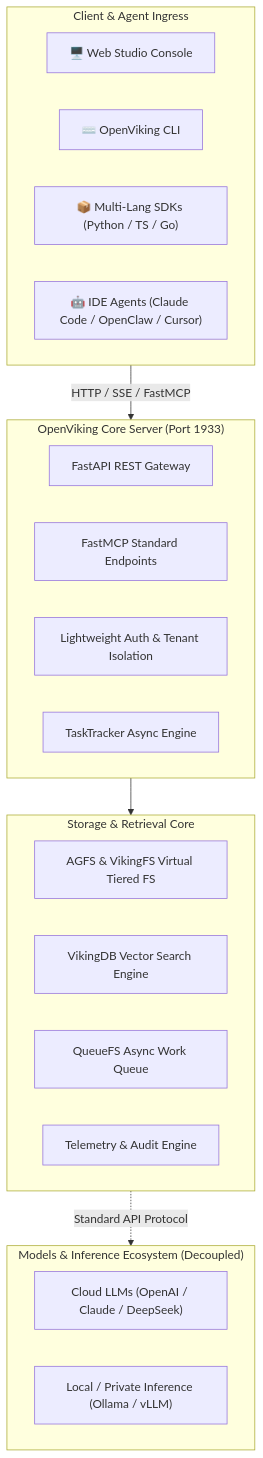
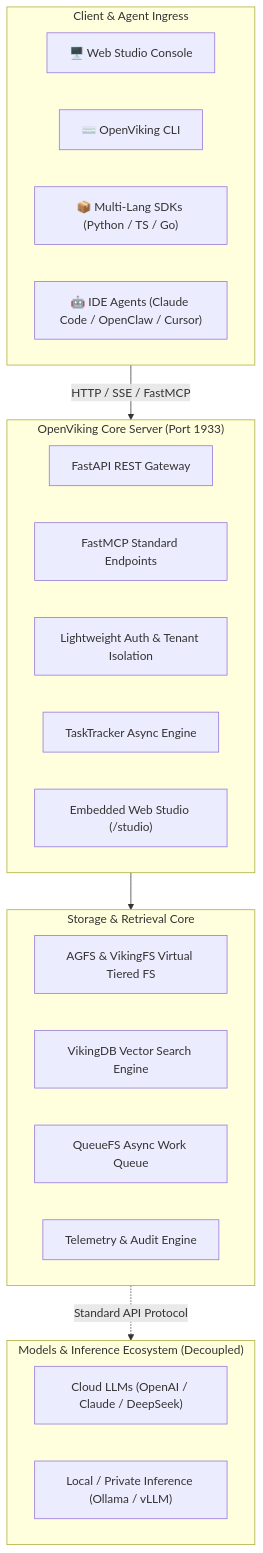
One commit to skloxo/OpenVikingStudio changed the diagram in README_EN.md. Above: the diagram before and after it, drawn with Mermaid. The commit also changed other lines of this file and 2 other files, not shown here.

Commit message:
docs: elevate roadmap to top with visual table and unify ports strictly on 1933

````diff
--- a/README_EN.md
+++ b/README_EN.md
@@ -36,32 +46,33 @@
 ```mermaid
 flowchart TD
     subgraph Client ["Client & Agent Ingress"]
         Web["🖥️ Web Studio Console"]
         CLI["⌨️ OpenViking CLI"]
         SDK["📦 Multi-Lang SDKs (Python / TS / Go)"]
         IDE["🤖 IDE Agents (Claude Code / OpenClaw / Cursor)"]
     end
 
     subgraph Server ["OpenViking Core Server (Port 1933)"]
         API["FastAPI REST Gateway"]
         MCP["FastMCP Standard Endpoints"]
         Auth["Lightweight Auth & Tenant Isolation"]
         TaskEngine["TaskTracker Async Engine"]
+        Studio["Embedded Web Studio (/studio)"]
     end
 
     subgraph Engine ["Storage & Retrieval Core"]
         VikingFS["AGFS & VikingFS Virtual Tiered FS"]
         VectorDB["VikingDB Vector Search Engine"]
         Queue["QueueFS Async Work Queue"]
         Observability["Telemetry & Audit Engine"]
     end
 
     subgraph Models ["Models & Inference Ecosystem (Decoupled)"]
         CloudLLM["Cloud LLMs (OpenAI / Claude / DeepSeek)"]
         LocalLLM["Local / Private Inference (Ollama / vLLM)"]
     end
 
     Client -->|"HTTP / SSE / FastMCP"| Server
     Server --> Engine
     Engine -.->|"Standard API Protocol"| Models
 ```
````
